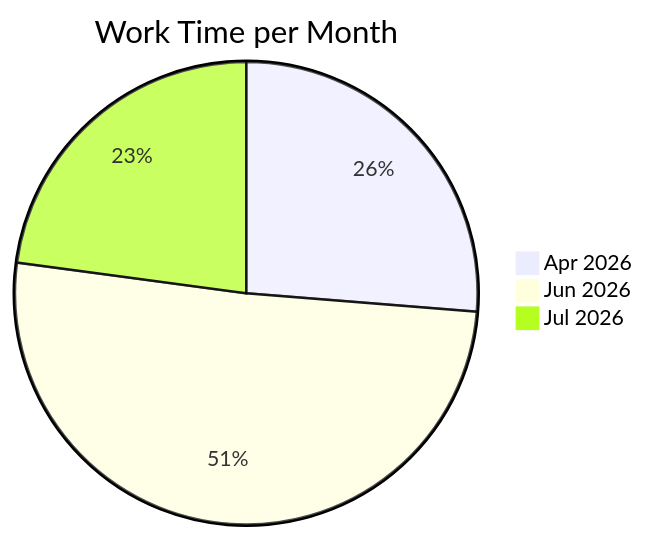
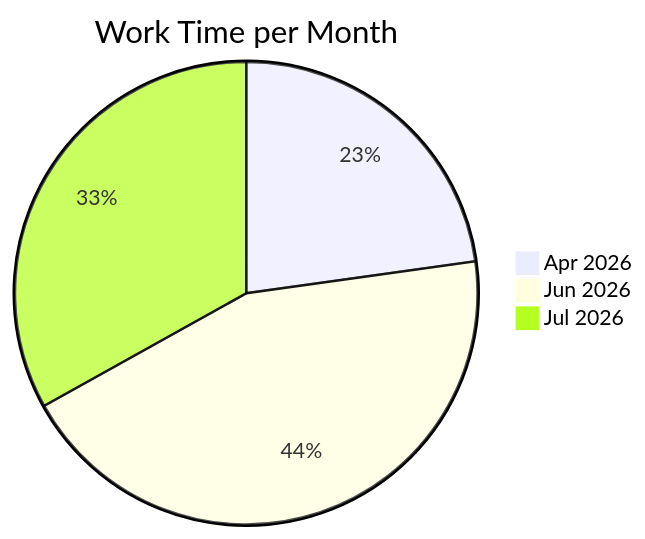
Before and after one commit to notWetro/time-tracker: the diagram in README.md, drawn with Mermaid. The commit also changed other lines of this file and 1 other file, not shown here.

Commit message:
updated worktime

````diff
--- a/README.md
+++ b/README.md
@@ -11,7 +11,7 @@
 ```mermaid
 pie
     title Work Time per Month
     "Apr 2026" : 3.1
     "Jun 2026" : 6.0
-    "Jul 2026" : 2.7
+    "Jul 2026" : 4.5
 ```
````
